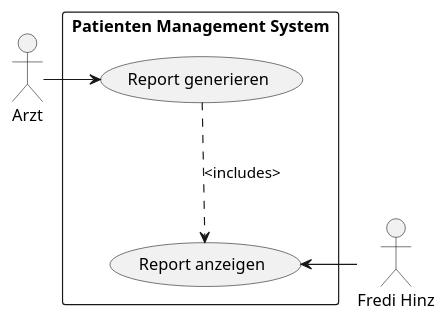
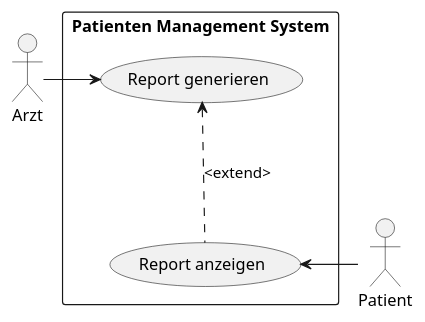
One commit to thetractor/ch.bfh.bti7081.s2019.orange changed the diagram in doc/task2/usecases/Show Report.puml. Above: the diagram before and after it, drawn with PlantUML. The commit also changed 4 other files, not shown here.

Commit message:
Review usecase diagrams

```diff
--- a/doc/task2/usecases/Show Report.puml
+++ b/doc/task2/usecases/Show Report.puml
@@ -1,17 +1,17 @@
 @startuml
 actor Arzt
-actor "Fredi Hinz" as patient
+actor "Patient" as patient
 
 rectangle "Patienten Management System" as pms {
     (Report generieren) as generate
     (Report anzeigen) as showR
 
-    generate .down.> showR: <includes>
+    generate <.down. showR: <extend>
 }
 
 Arzt -right-> generate
 patient -left-> showR
 
 
 
 @enduml
```
